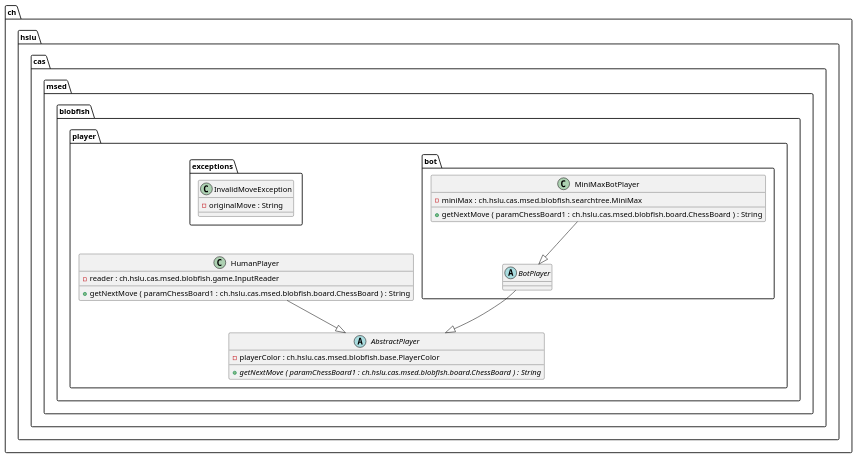
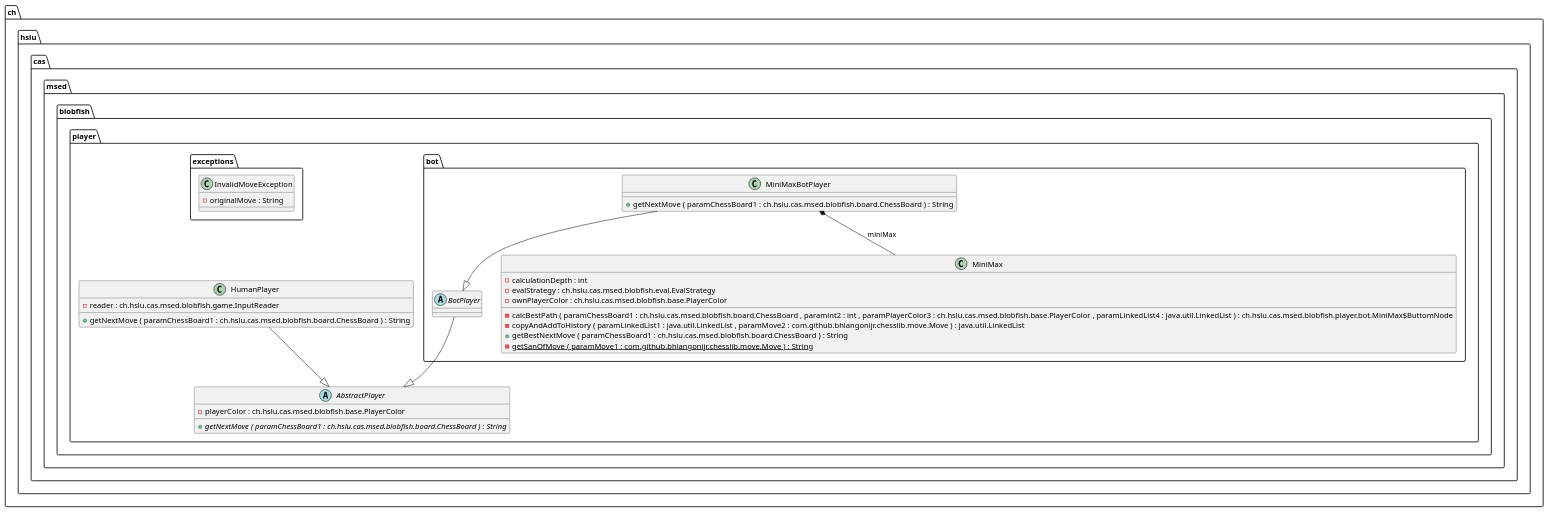
One commit to l2c0r3/blobfish changed the diagram in docs/generated-diagrams/player.puml. Above: the diagram before and after it, drawn with PlantUML. The commit also changed 3 other files, not shown here.

Commit message:
update generated UML diagrams

```diff
--- a/docs/generated-diagrams/player.puml
+++ b/docs/generated-diagrams/player.puml
@@ -1,37 +1,48 @@
 @startuml
 
 abstract class ch.hslu.cas.msed.blobfish.player.AbstractPlayer {
 	{field} -playerColor : ch.hslu.cas.msed.blobfish.base.PlayerColor
 	{method}  {abstract} +getNextMove ( paramChessBoard1 : ch.hslu.cas.msed.blobfish.board.ChessBoard ) : String
 }
 
 
 class ch.hslu.cas.msed.blobfish.player.HumanPlayer {
 	{field} -reader : ch.hslu.cas.msed.blobfish.game.InputReader
 	{method} +getNextMove ( paramChessBoard1 : ch.hslu.cas.msed.blobfish.board.ChessBoard ) : String
 }
 
 
 abstract class ch.hslu.cas.msed.blobfish.player.bot.BotPlayer {
 }
 
 
+class ch.hslu.cas.msed.blobfish.player.bot.MiniMax {
+	{field} -calculationDepth : int
+	{field} -evalStrategy : ch.hslu.cas.msed.blobfish.eval.EvalStrategy
+	{field} -ownPlayerColor : ch.hslu.cas.msed.blobfish.base.PlayerColor
+	{method} -calcBestPath ( paramChessBoard1 : ch.hslu.cas.msed.blobfish.board.ChessBoard , paramint2 : int , paramPlayerColor3 : ch.hslu.cas.msed.blobfish.base.PlayerColor , paramLinkedList4 : java.util.LinkedList ) : ch.hslu.cas.msed.blobfish.player.bot.MiniMax$ButtomNode
+	{method} -copyAndAddToHistory ( paramLinkedList1 : java.util.LinkedList , paramMove2 : com.github.bhlangonijr.chesslib.move.Move ) : java.util.LinkedList
+	{method} +getBestNextMove ( paramChessBoard1 : ch.hslu.cas.msed.blobfish.board.ChessBoard ) : String
+	{method}  {static} -getSanOfMove ( paramMove1 : com.github.bhlangonijr.chesslib.move.Move ) : String
+}
+
+
 class ch.hslu.cas.msed.blobfish.player.bot.MiniMaxBotPlayer {
-	{field} -miniMax : ch.hslu.cas.msed.blobfish.searchtree.MiniMax
 	{method} +getNextMove ( paramChessBoard1 : ch.hslu.cas.msed.blobfish.board.ChessBoard ) : String
 }
 
 
 class ch.hslu.cas.msed.blobfish.player.exceptions.InvalidMoveException {
 	{field} -originalMove : String
 }
 
 
 
 
 ch.hslu.cas.msed.blobfish.player.HumanPlayer --|>  ch.hslu.cas.msed.blobfish.player.AbstractPlayer
 ch.hslu.cas.msed.blobfish.player.bot.BotPlayer --|>  ch.hslu.cas.msed.blobfish.player.AbstractPlayer
+ch.hslu.cas.msed.blobfish.player.bot.MiniMaxBotPlayer *--  ch.hslu.cas.msed.blobfish.player.bot.MiniMax : miniMax
 ch.hslu.cas.msed.blobfish.player.bot.MiniMaxBotPlayer --|>  ch.hslu.cas.msed.blobfish.player.bot.BotPlayer
 
 
 @enduml
```
